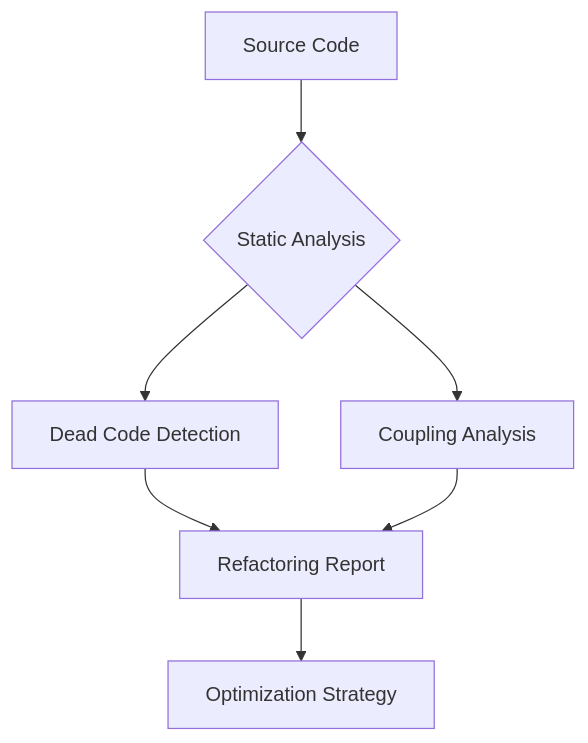
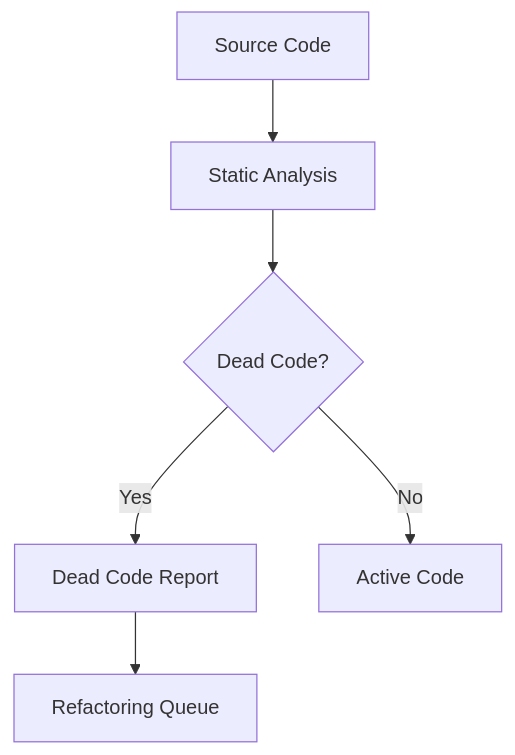
One commit to phuetz/code-buddy changed the diagram in .codebuddy/docs/4-metrics.md. Above: the diagram before and after it, drawn with Mermaid. The commit also changed other lines of this file and 54 other files, not shown here.

````diff
--- a/.codebuddy/docs/4-metrics.md
+++ b/.codebuddy/docs/4-metrics.md
@@ -5,9 +40,8 @@
 ```mermaid
 graph TD
-    A[Source Code] --> B{Static Analysis}
-    B --> C[Dead Code Detection]
-    B --> D[Coupling Analysis]
-    C --> E[Refactoring Report]
-    D --> E
-    E --> F[Optimization Strategy]
+    A[Source Code] --> B[Static Analysis]
+    B --> C{Dead Code?}
+    C -->|Yes| D[Dead Code Report]
+    C -->|No| E[Active Code]
+    D --> F[Refactoring Queue]
 ```
````
